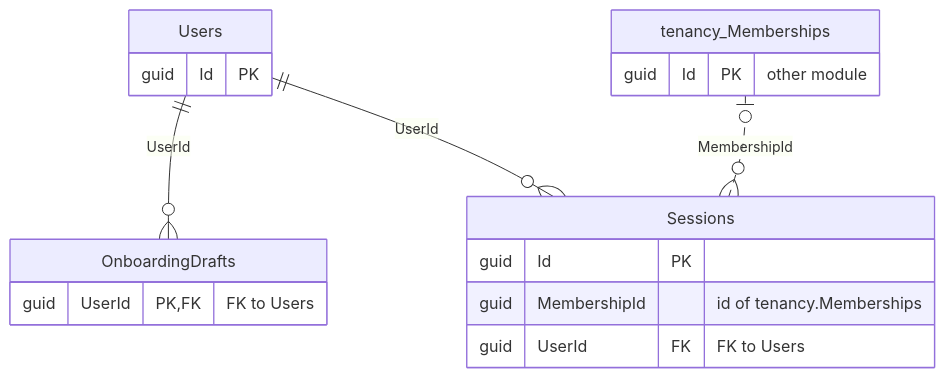
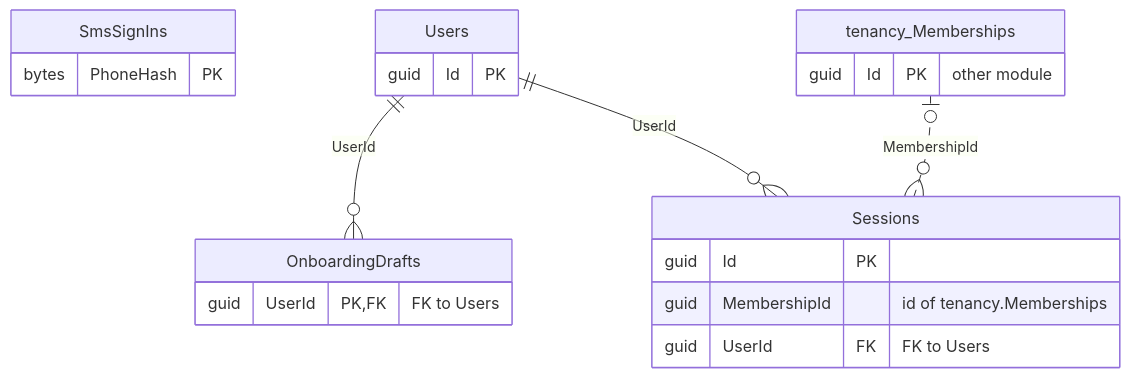
The fifth of 14 diagrams in docs/03-architecture/erd.md (ALFRED-LUCIFER/medvya), drawn with Mermaid before and after one commit. The commit also changed other lines of this file and 33 other files, not shown here.

First line of the commit message:
MDV-P5-033, MDV-P5-036: patient SMS sign-in code with a five-try lockout

````diff
--- a/docs/03-architecture/erd.md
+++ b/docs/03-architecture/erd.md
@@ -574,20 +576,23 @@
 ```mermaid
 erDiagram
   OnboardingDrafts {
     guid UserId PK, FK "FK to Users"
+  }
+  SmsSignIns {
+    bytes PhoneHash PK
   }
   Sessions {
     guid Id PK
     guid MembershipId "id of tenancy.Memberships"
     guid UserId FK "FK to Users"
   }
   Users {
     guid Id PK
   }
   tenancy_Memberships {
     guid Id PK "other module"
   }
   Users ||--o{ OnboardingDrafts : "UserId"
   Users ||--o{ Sessions : "UserId"
   tenancy_Memberships |o..o{ Sessions : "MembershipId"
 ```
````
